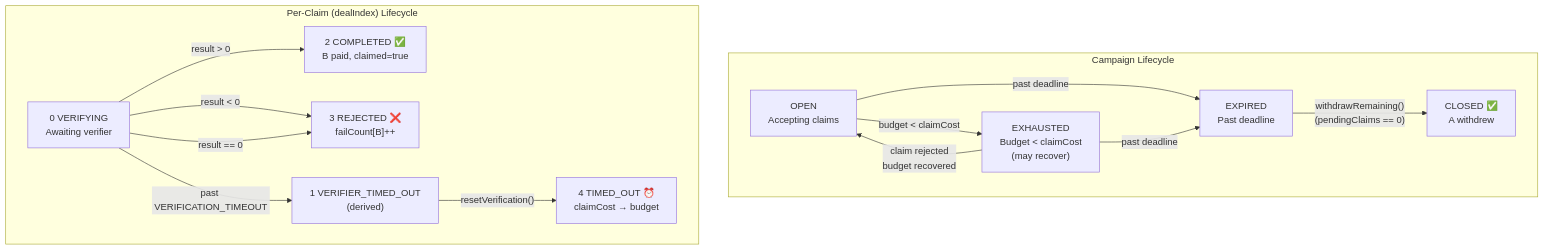
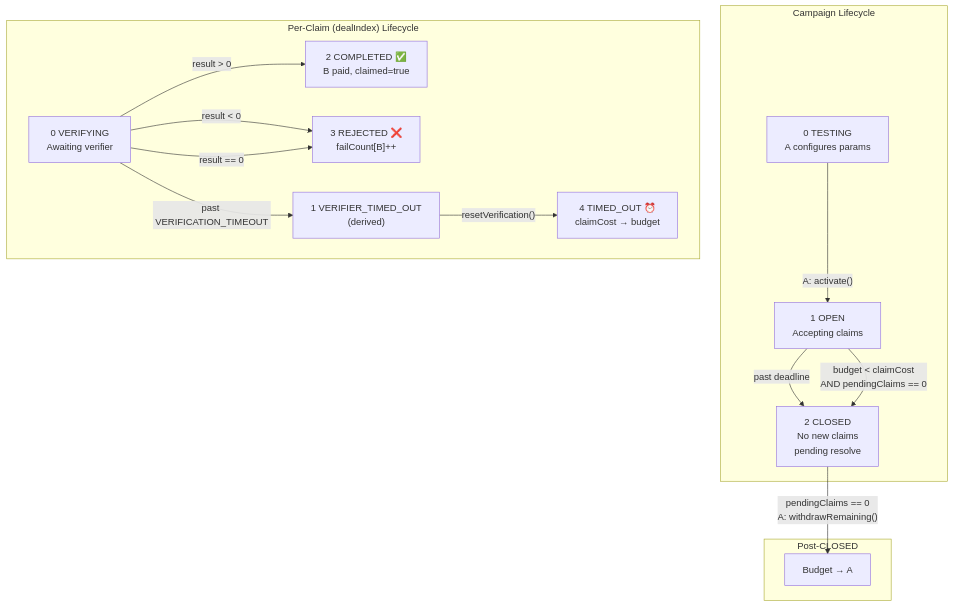
The second of 5 diagrams in examples/x-follow/x-follow-design.md (synctxai/synctx), drawn with Mermaid before and after one commit. The commit also changed other lines of this file and 1 other file, not shown here.

First line of the commit message:
docs(x-follow): add TESTING lifecycle, remove PAUSED/EXHAUSTED/EXPIRED states

````diff
--- a/examples/x-follow/x-follow-design.md
+++ b/examples/x-follow/x-follow-design.md
@@ -295,29 +316,30 @@
 ```mermaid
 flowchart TD
     subgraph "Campaign Lifecycle"
-        OPEN["OPEN<br/>Accepting claims"]
-        EXHAUSTED["EXHAUSTED<br/>Budget < claimCost<br/>(may recover)"]
-        EXPIRED["EXPIRED<br/>Past deadline"]
-        CLOSED["CLOSED ✅<br/>A withdrew"]
+        TESTING["0 TESTING<br/>A configures params"]
+        OPEN["1 OPEN<br/>Accepting claims"]
+        CLOSED["2 CLOSED<br/>No new claims<br/>pending resolve"]
 
-        OPEN -->|"budget < claimCost"| EXHAUSTED
-        OPEN -->|"past deadline"| EXPIRED
-        EXHAUSTED -->|"claim rejected<br/>budget recovered"| OPEN
-        EXHAUSTED -->|"past deadline"| EXPIRED
-        EXPIRED -->|"withdrawRemaining()<br/>(pendingClaims == 0)"| CLOSED
+        TESTING -->|"A: activate()"| OPEN
+        OPEN -->|"past deadline"| CLOSED
+        OPEN -->|"budget < claimCost<br/>AND pendingClaims == 0"| CLOSED
+    end
+
+    subgraph "Post-CLOSED"
+        CLOSED -->|"pendingClaims == 0<br/>A: withdrawRemaining()"| DONE["Budget → A"]
     end
 
     subgraph "Per-Claim (dealIndex) Lifecycle"
         VERIFYING["0 VERIFYING<br/>Awaiting verifier"]
         VERIFIER_TIMED_OUT["1 VERIFIER_TIMED_OUT<br/>(derived)"]
         COMPLETED["2 COMPLETED ✅<br/>B paid, claimed=true"]
         REJECTED["3 REJECTED ❌<br/>failCount[B]++"]
         CLAIM_TIMEOUT["4 TIMED_OUT ⏰<br/>claimCost → budget"]
 
         VERIFYING -->|"result > 0"| COMPLETED
         VERIFYING -->|"result < 0"| REJECTED
         VERIFYING -->|"result == 0"| REJECTED
         VERIFYING -->|"past VERIFICATION_TIMEOUT"| VERIFIER_TIMED_OUT
         VERIFIER_TIMED_OUT -->|"resetVerification()"| CLAIM_TIMEOUT
     end
 ```
````
